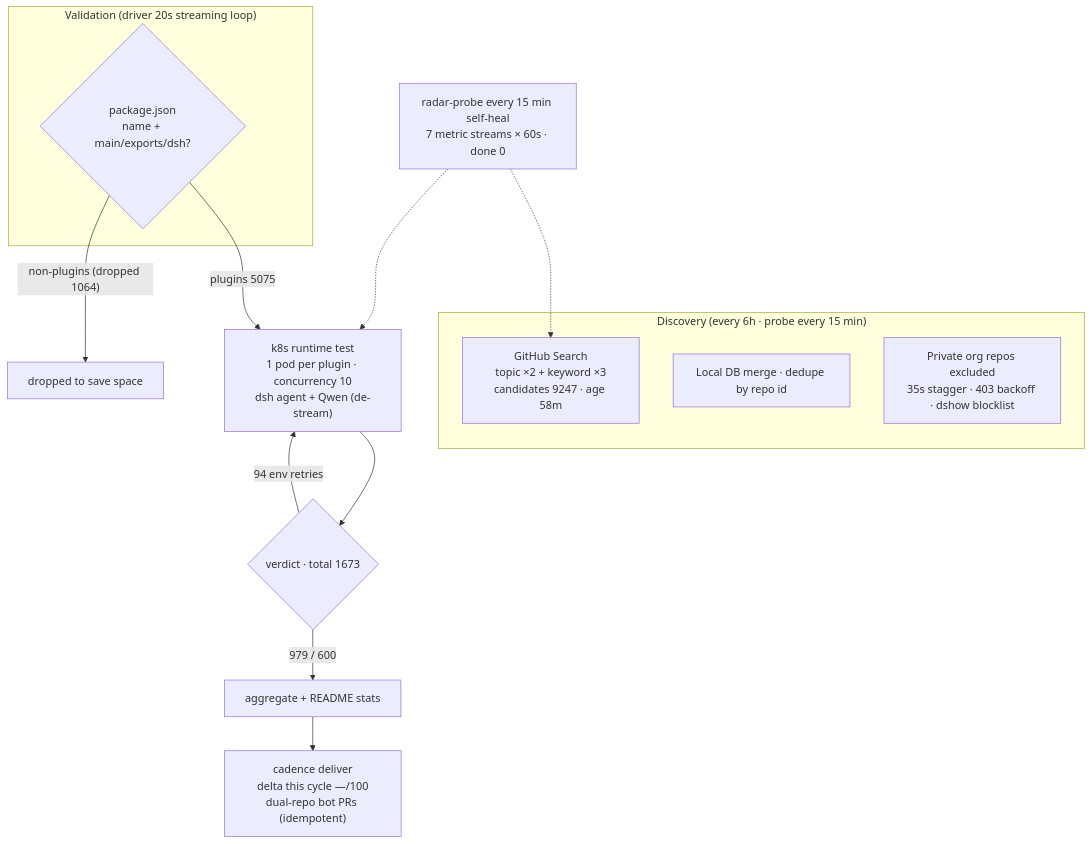
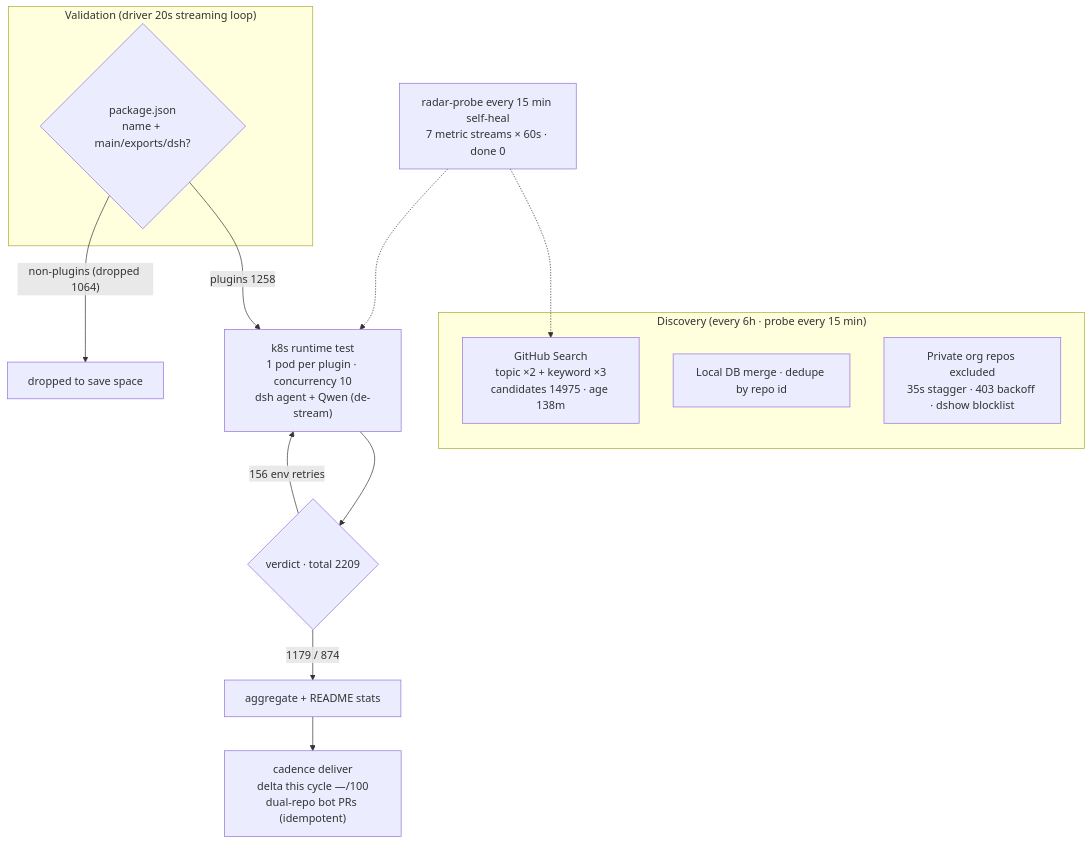
The diagram in README.en-US.md (AdamPlatin123/awesome-dsh-plugins), drawn with Mermaid before and after one commit. The commit also changed other lines of this file and 5 other files, not shown here.

````diff
--- a/README.en-US.md
+++ b/README.en-US.md
@@ -30,20 +30,20 @@
 ```mermaid
 flowchart TB
     subgraph Discovery["Discovery (every 6h · probe every 15 min)"]
-        A1["GitHub Search<br/>topic ×2 + keyword ×3<br/>candidates 9247 · age 58m"]
+        A1["GitHub Search<br/>topic ×2 + keyword ×3<br/>candidates 14975 · age 138m"]
         A2["Local DB merge · dedupe by repo id"]
         A3["Private org repos excluded<br/>35s stagger · 403 backoff · dshow blocklist"]
     end
     subgraph Validation["Validation (driver 20s streaming loop)"]
         B1{"package.json<br/>name + main/exports/dsh?"}
     end
-    B1 -->|"plugins 5075"| C1["k8s runtime test<br/>1 pod per plugin · concurrency 10<br/>dsh agent + Qwen (de-stream)"]
+    B1 -->|"plugins 1258"| C1["k8s runtime test<br/>1 pod per plugin · concurrency 10<br/>dsh agent + Qwen (de-stream)"]
     B1 -->|"non-plugins (dropped 1064)"| B3["dropped to save space"]
-    C1 --> D1{"verdict · total 1673"}
-    D1 -->|"979 / 600"| E1["aggregate + README stats"]
-    D1 -->|"94 env retries"| C1
+    C1 --> D1{"verdict · total 2209"}
+    D1 -->|"1179 / 874"| E1["aggregate + README stats"]
+    D1 -->|"156 env retries"| C1
     E1 --> E2["cadence deliver<br/>delta this cycle —/100<br/>dual-repo bot PRs (idempotent)"]
     M["radar-probe every 15 min self-heal<br/>7 metric streams × 60s · done 0"]
     M -.-> A1
     M -.-> C1
 ```
````
